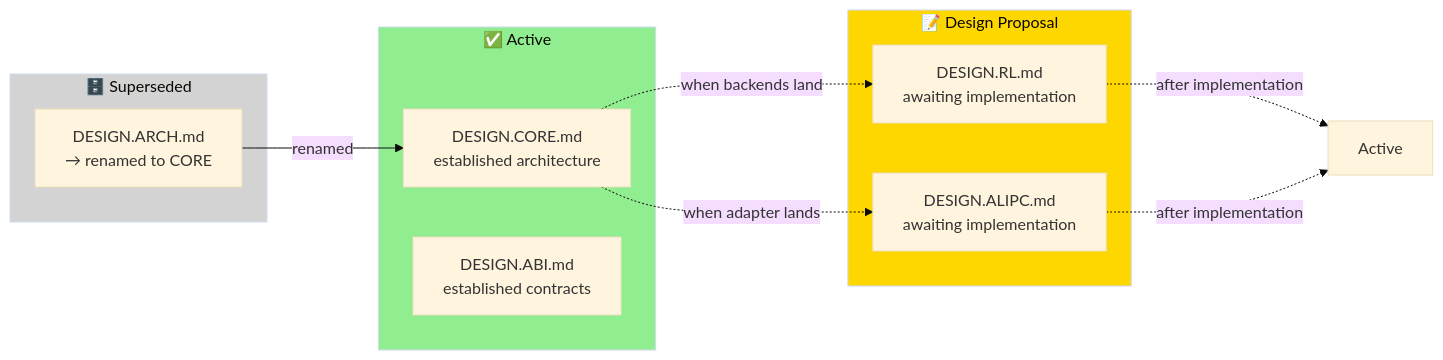
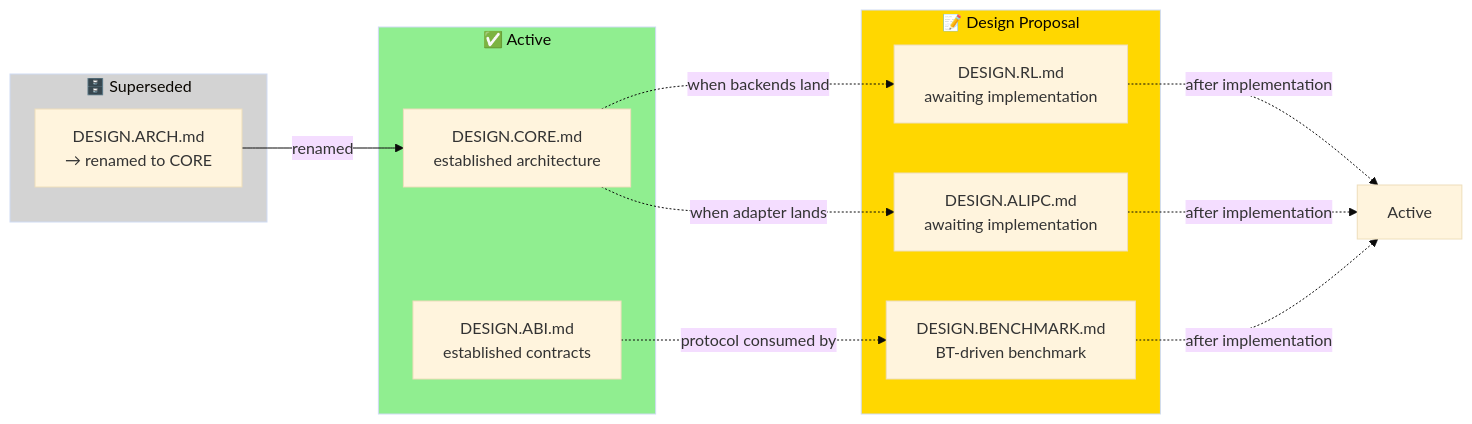
One commit to yonhdee/genie_sim changed the second of 2 diagrams in source/geniesim_ros/src/ros_ws/src/genie_sim_engine/DESIGN.md. Above: the diagram before and after it, drawn with Mermaid (base theme). The commit also changed other lines of this file and 2 other files, not shown here.

Commit message:
init benchmark design

````diff
--- a/source/geniesim_ros/src/ros_ws/src/genie_sim_engine/DESIGN.md
+++ b/source/geniesim_ros/src/ros_ws/src/genie_sim_engine/DESIGN.md
@@ -112,27 +133,30 @@
 ```mermaid
 flowchart LR
     subgraph Stable["✅ Active"]
         CORE["DESIGN.CORE.md<br/>established architecture"]
         ABI["DESIGN.ABI.md<br/>established contracts"]
     end
 
     subgraph Draft["📝 Design Proposal"]
+        BENCH["DESIGN.BENCHMARK.md<br/>BT-driven benchmark"]
         RL["DESIGN.RL.md<br/>awaiting implementation"]
         ALIPC["DESIGN.ALIPC.md<br/>awaiting implementation"]
     end
 
     subgraph History["🗄️ Superseded"]
         ARCH["DESIGN.ARCH.md<br/>→ renamed to CORE"]
     end
 
     ARCH -->|"renamed"| CORE
     CORE -.->|"when backends land"| RL
     CORE -.->|"when adapter lands"| ALIPC
+    ABI -.->|"protocol consumed by"| BENCH
 
     RL -.->|"after implementation"| Active
     ALIPC -.->|"after implementation"| Active
+    BENCH -.->|"after implementation"| Active
 
     style Stable fill:#90EE90
     style Draft fill:#FFD700
     style History fill:#D3D3D3
 ```
````
